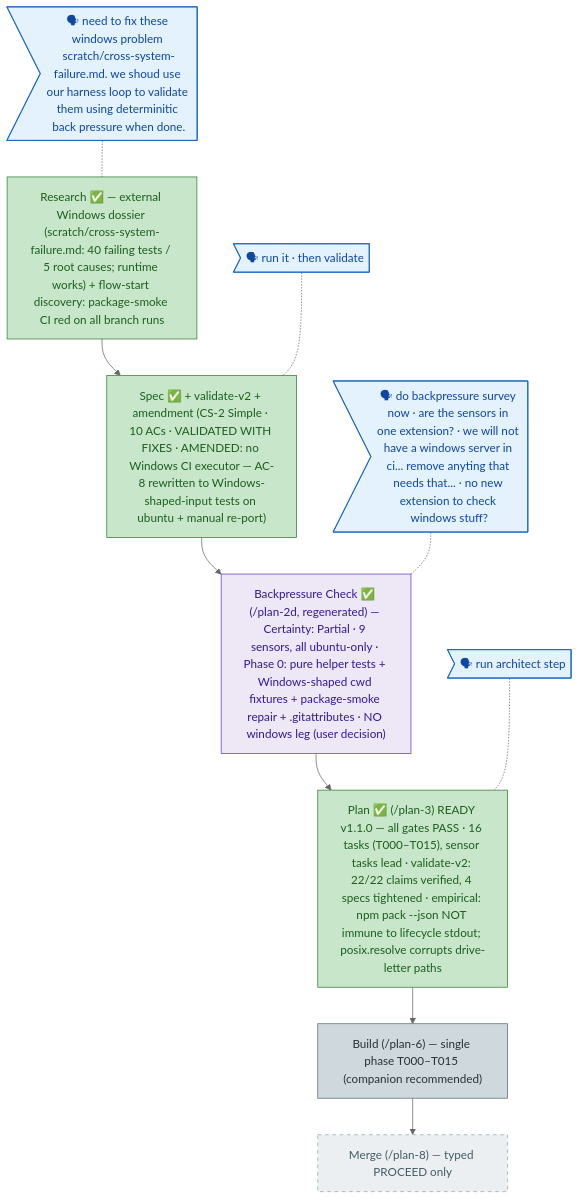
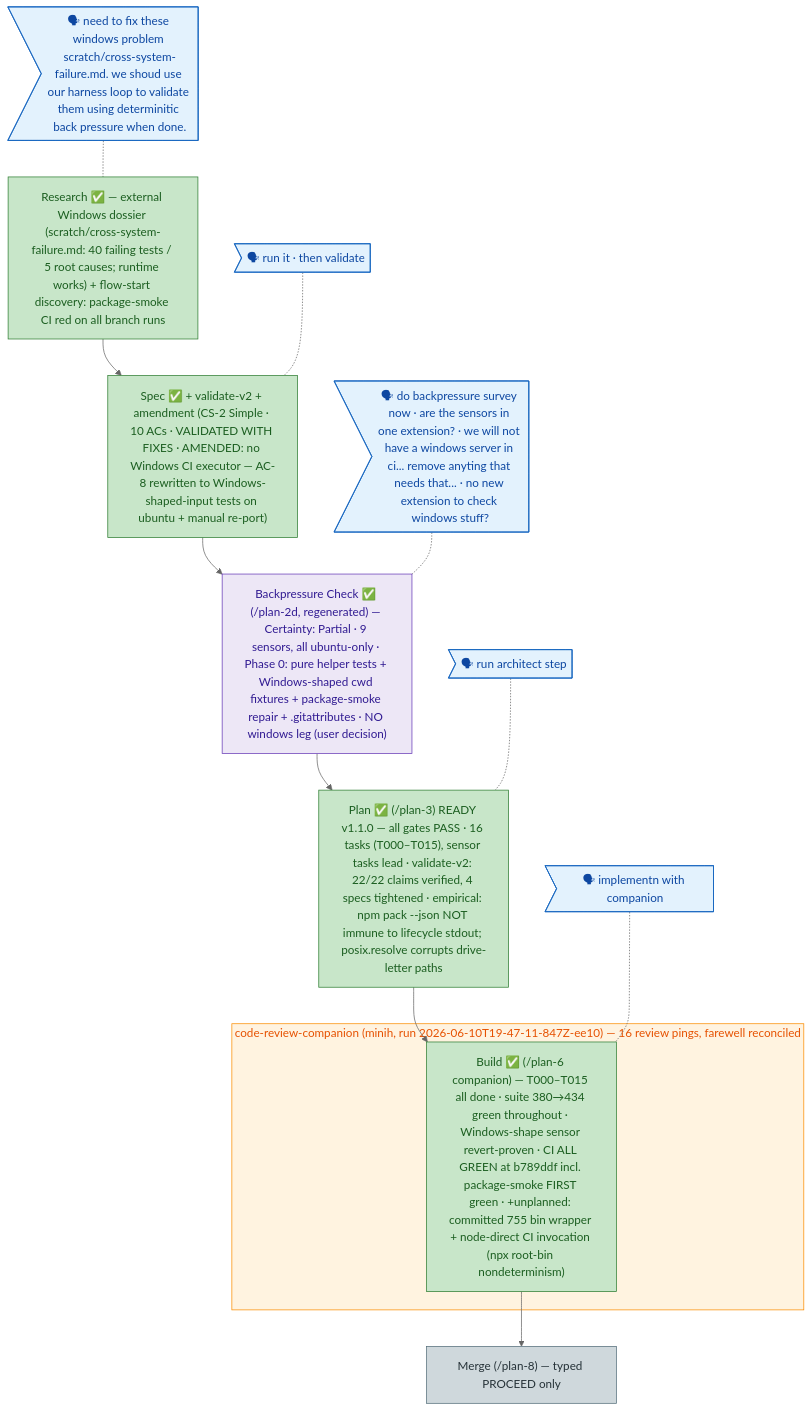
Before and after one commit to AI-Substrate/harness-engineering: the diagram in docs/plans/017-windows-cross-platform-fixes/the-flow.md, drawn with Mermaid (neutral theme). The commit also changed other lines of this file and 14 other files, not shown here.

First line of the commit message:
fix(017): address companion farewell findings F001-F004 + phase-end ceremony

````diff
--- a/docs/plans/017-windows-cross-platform-fixes/the-flow.md
+++ b/docs/plans/017-windows-cross-platform-fixes/the-flow.md
@@ -4,27 +4,35 @@
 ```mermaid
 flowchart TD
   classDef done fill:#C8E6C9,stroke:#2E7D32,color:#1B5E20;
   classDef wip fill:#FFE0B2,stroke:#EF6C00,color:#E65100;
   classDef known fill:#CFD8DC,stroke:#546E7A,color:#263238;
   classDef assumed fill:#ECEFF1,stroke:#90A4AE,color:#455A64,stroke-dasharray:5 5;
   classDef said fill:#E3F2FD,stroke:#1565C0,color:#0D47A1;
   classDef harness fill:#EDE7F6,stroke:#673AB7,color:#311B92;
+  classDef companion fill:#FFF3E0,stroke:#FB8C00,color:#E65100;
 
   research["Research ✅ — external Windows dossier (scratch/cross-system-failure.md: 40 failing tests / 5 root causes; runtime works) + flow-start discovery: package-smoke CI red on all branch runs"]:::done
   spec["Spec ✅ + validate-v2 + amendment (CS-2 Simple · 10 ACs · VALIDATED WITH FIXES · AMENDED: no Windows CI executor — AC-8 rewritten to Windows-shaped-input tests on ubuntu + manual re-port)"]:::done
   backpressure["Backpressure Check ✅ (/plan-2d, regenerated) — Certainty: Partial · 9 sensors, all ubuntu-only · Phase 0: pure helper tests + Windows-shaped cwd fixtures + package-smoke repair + .gitattributes · NO windows leg (user decision)"]:::harness
   plan["Plan ✅ (/plan-3) READY v1.1.0 — all gates PASS · 16 tasks (T000–T015), sensor tasks lead · validate-v2: 22/22 claims verified, 4 specs tightened · empirical: npm pack --json NOT immune to lifecycle stdout; posix.resolve corrupts drive-letter paths"]:::done
-  build["Build (/plan-6) — single phase T000–T015 (companion recommended)"]:::known
-  merge["Merge (/plan-8) — typed PROCEED only"]:::assumed
+  build["Build ✅ (/plan-6 companion) — T000–T015 all done · suite 380→434 green throughout · Windows-shape sensor revert-proven · CI ALL GREEN at b789ddf incl. package-smoke FIRST green · +unplanned: committed 755 bin wrapper + node-direct CI invocation (npx root-bin nondeterminism)"]:::done
+  merge["Merge (/plan-8) — typed PROCEED only"]:::known
 
   research --> spec --> backpressure --> plan --> build --> merge
+
+  subgraph companionwrap ["code-review-companion (minih, run 2026-06-10T19-47-11-847Z-ee10) — 16 review pings, farewell reconciled"]
+    build
+  end
+  class companionwrap companion
 
   said_research>"🗣 need to fix these windows problem scratch/cross-system-failure.md. we shoud use our harness loop to validate them using determinitic back pressure when done."]:::said
   said_research -.- research
   said_spec>"🗣 run it · then validate"]:::said
   said_spec -.- spec
   said_bp>"🗣 do backpressure survey now · are the sensors in one extension? · we will not have a windows server in ci... remove anyting that needs that... · no new extension to check windows stuff?"]:::said
   said_bp -.- backpressure
   said_plan>"🗣 run architect step"]:::said
   said_plan -.- plan
+  said_build>"🗣 implementn with companion"]:::said
+  said_build -.- build
 ```
````
